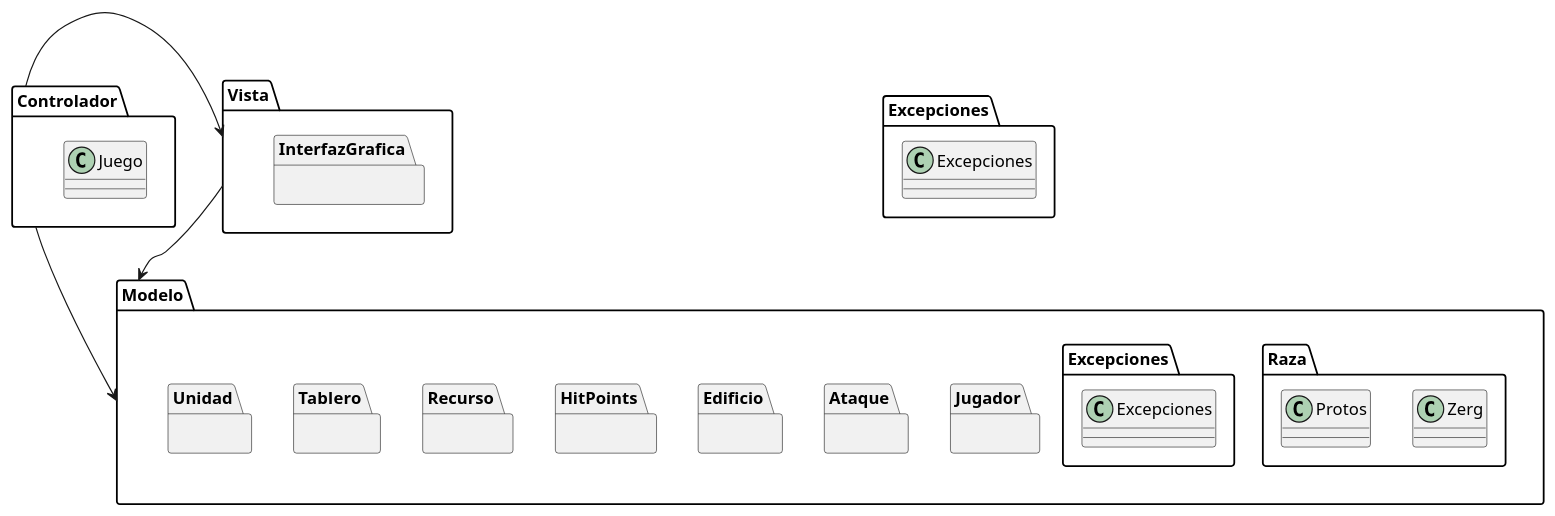
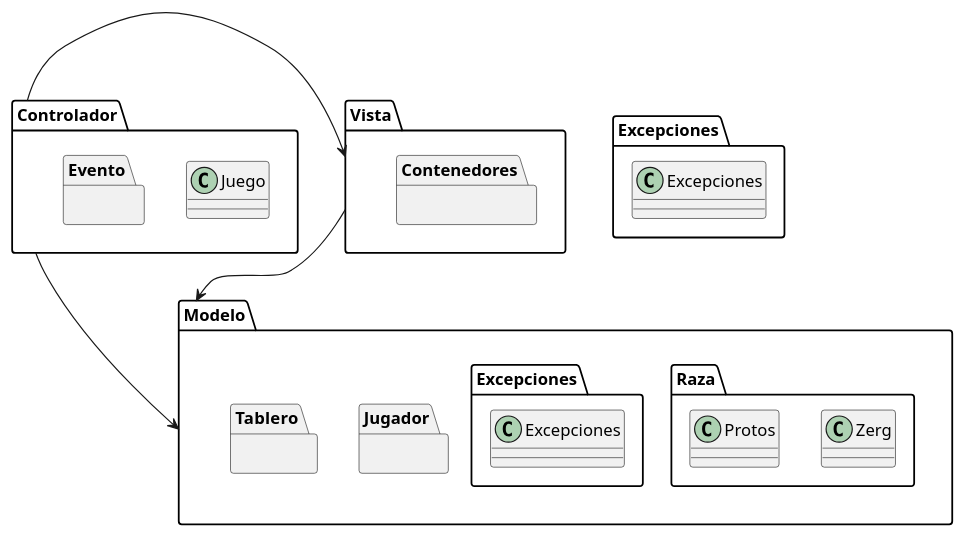
One commit to nicolasgirardi/algo3_TP2_AlgoStar changed the diagram in diagrams/packages/DiagramaDePaquetes3.puml. Above: the diagram before and after it, drawn with PlantUML. The commit also changed 2 other files, not shown here.

Commit message:
actualizo un par de diagramas

```diff
--- a/diagrams/packages/DiagramaDePaquetes3.puml
+++ b/diagrams/packages/DiagramaDePaquetes3.puml
@@ -1,42 +1,38 @@
 @startuml
 
 package Vista{
-    package InterfazGrafica{}
+    package Contenedores{}
     }
 
 package Controlador{
     class Juego
+    package Evento{}
     }
 
 package  Modelo{
 
     package Jugador {}
-    package Ataque {}
-    package Edificio {}
-    package HitPoints {}
 
     package Raza {
         class Zerg
         class Protos
         }
-    package Recurso {}
 
     package Tablero {}
 
-    package Unidad {}
 
     package Excepciones {
         class Excepciones
         }
     }
 
 package Excepciones {
     class Excepciones
     }
 
 Controlador -> Modelo
 Vista --> Modelo
 Controlador -> Vista
 
 
 @enduml
```
